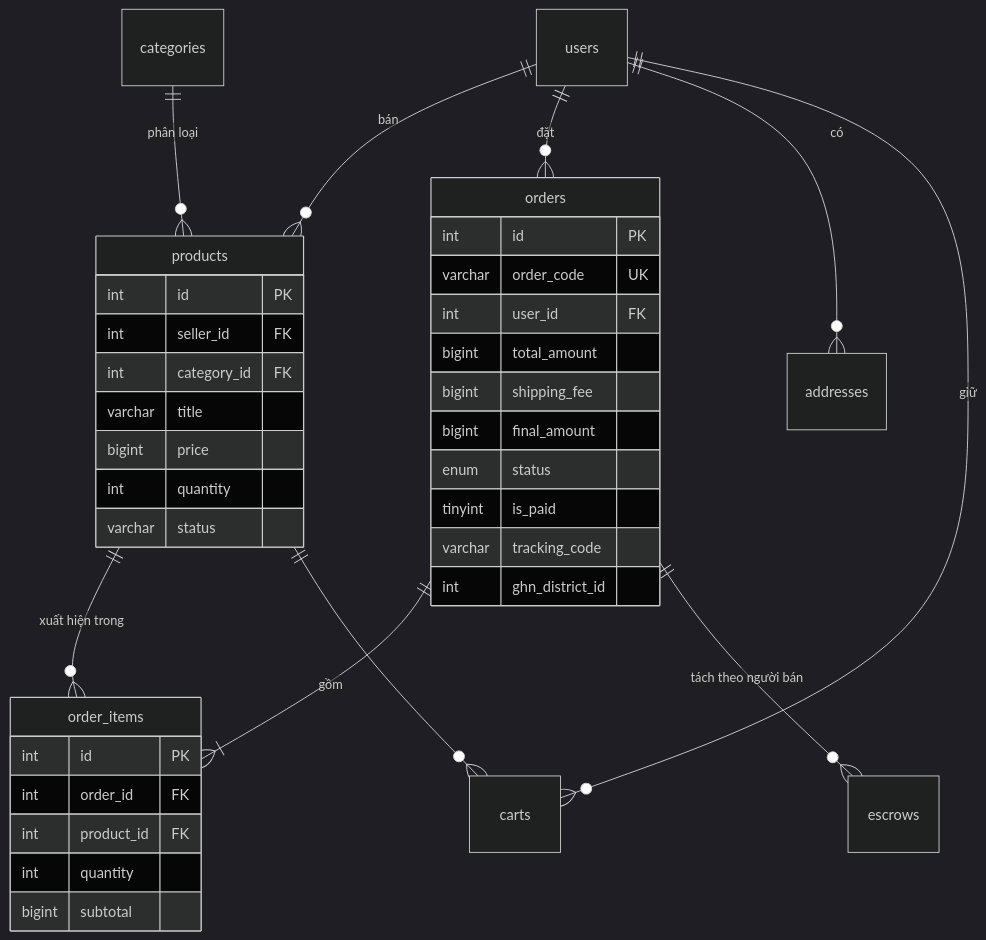
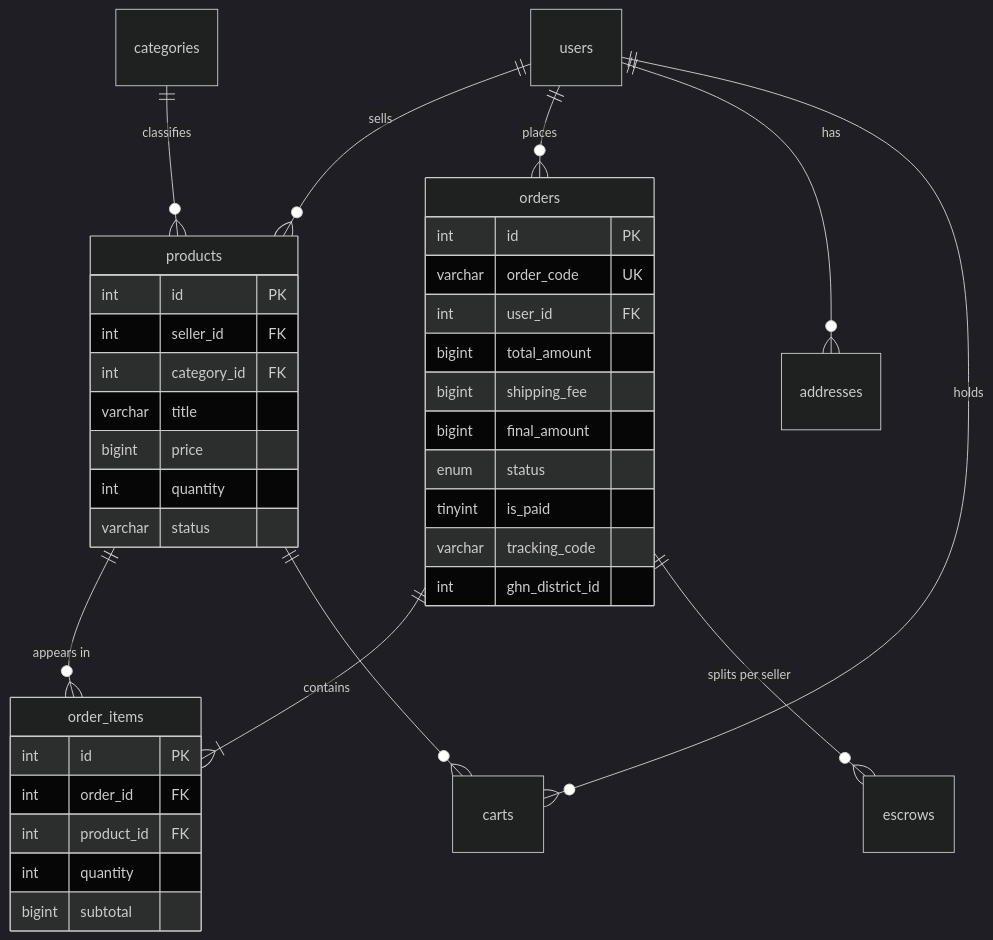
The seventh of 18 diagrams in docs/system-design/2026-08-06-zoldify-diagrams.md (tdat-dev/Zoldify_Backend), drawn with Mermaid (dark theme) before and after one commit. The commit also changed other lines of this file, not shown here.

````diff
--- a/docs/system-design/2026-08-06-zoldify-diagrams.md
+++ b/docs/system-design/2026-08-06-zoldify-diagrams.md
@@ -344,43 +356,43 @@
 ```mermaid
 erDiagram
-    users ||--o{ products : "bán"
-    users ||--o{ orders : "đặt"
-    users ||--o{ addresses : "có"
-    categories ||--o{ products : "phân loại"
-    products ||--o{ order_items : "xuất hiện trong"
-    orders ||--|{ order_items : "gồm"
-    orders ||--o{ escrows : "tách theo người bán"
-    users ||--o{ carts : "giữ"
+    users ||--o{ products : "sells"
+    users ||--o{ orders : "places"
+    users ||--o{ addresses : "has"
+    categories ||--o{ products : "classifies"
+    products ||--o{ order_items : "appears in"
+    orders ||--|{ order_items : "contains"
+    orders ||--o{ escrows : "splits per seller"
+    users ||--o{ carts : "holds"
     products ||--o{ carts : ""
 
     products {
         int id PK
         int seller_id FK
         int category_id FK
         varchar title
         bigint price
         int quantity
         varchar status
     }
 
     orders {
         int id PK
         varchar order_code UK
         int user_id FK
         bigint total_amount
         bigint shipping_fee
         bigint final_amount
         enum status
         tinyint is_paid
         varchar tracking_code
         int ghn_district_id
     }
 
     order_items {
         int id PK
         int order_id FK
         int product_id FK
         int quantity
         bigint subtotal
     }
 ```
````
